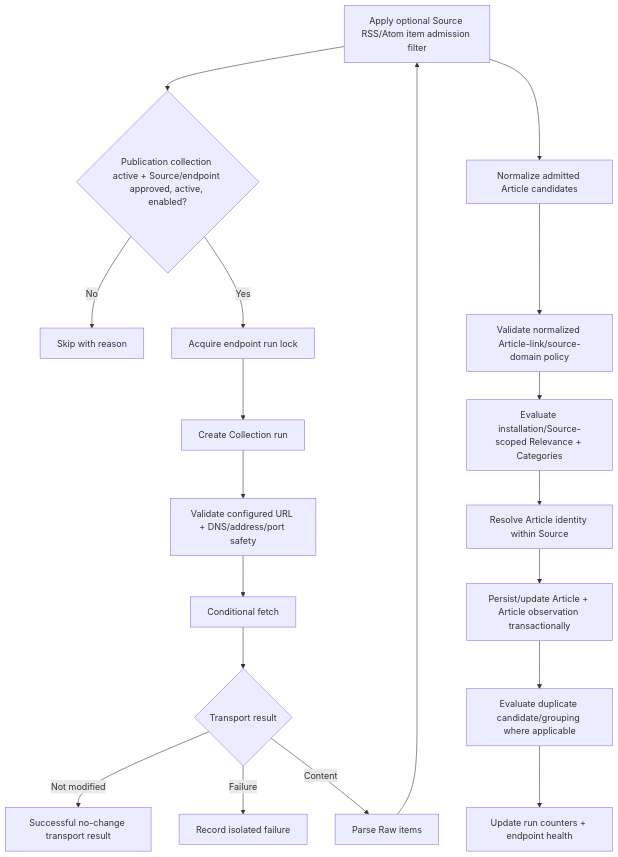
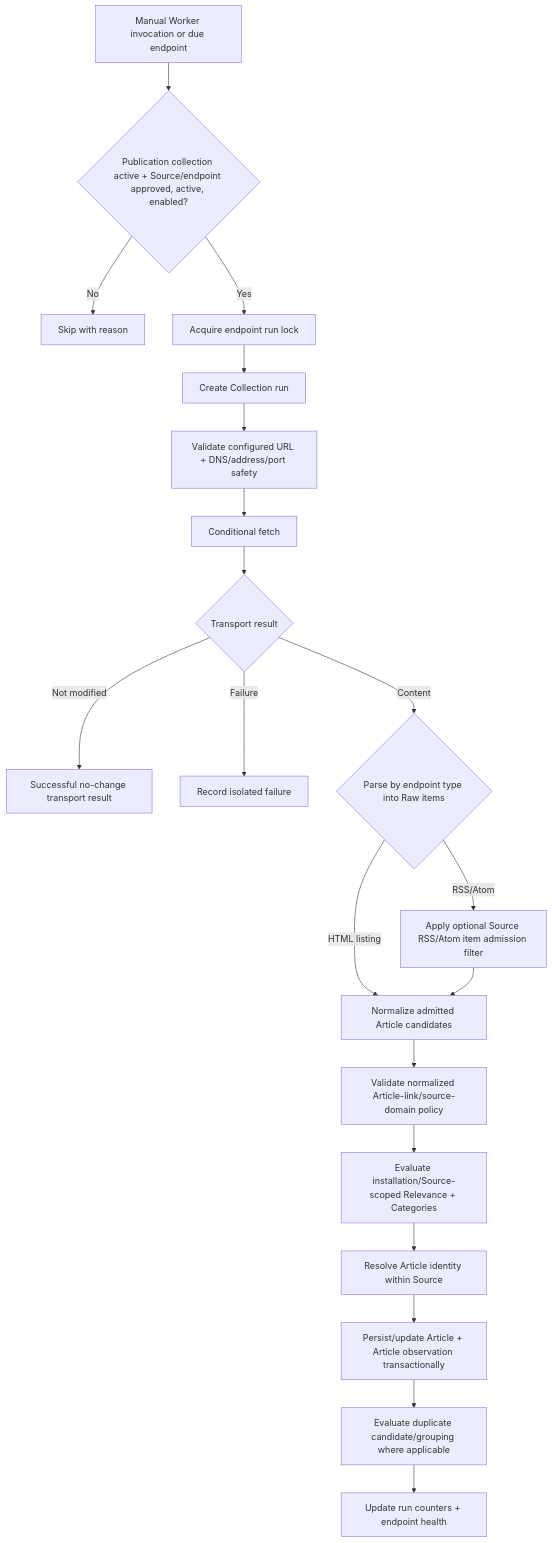
Before and after one commit to jfin602/news-scraper: the second of 2 diagrams in docs/architecture/system-architecture.md, drawn with Mermaid. The commit also changed other lines of this file and 10 other files, not shown here.

````diff
--- a/docs/architecture/system-architecture.md
+++ b/docs/architecture/system-architecture.md
@@ -155,21 +160,22 @@
 ```mermaid
 flowchart TD
     A[Manual Worker invocation or due endpoint] --> B{Publication collection active + Source/endpoint approved, active, enabled?}
     B -- No --> Z[Skip with reason]
     B -- Yes --> C[Acquire endpoint run lock]
     C --> R0[Create Collection run]
     R0 --> G[Validate configured URL + DNS/address/port safety]
     G --> D[Conditional fetch]
     D --> E{Transport result}
     E -- Not modified --> F[Successful no-change transport result]
     E -- Failure --> H[Record isolated failure]
-    E -- Content --> I[Parse Raw items]
-    I --> A[Apply optional Source RSS/Atom item admission filter]
-    A --> J[Normalize admitted Article candidates]
+    E -- Content --> I{Parse by endpoint type into Raw items}
+    I -- RSS/Atom --> AF[Apply optional Source RSS/Atom item admission filter]
+    I -- HTML listing --> J[Normalize Article candidates]
+    AF --> J[Normalize admitted Article candidates]
     J --> K[Validate normalized Article-link/source-domain policy]
     K --> L[Evaluate installation/Source-scoped Relevance + Categories]
     L --> M[Resolve Article identity within Source]
     M --> N[Persist/update Article + Article observation transactionally]
     N --> O[Evaluate duplicate candidate/grouping where applicable]
     O --> P[Update run counters + endpoint health]
 ```
````
